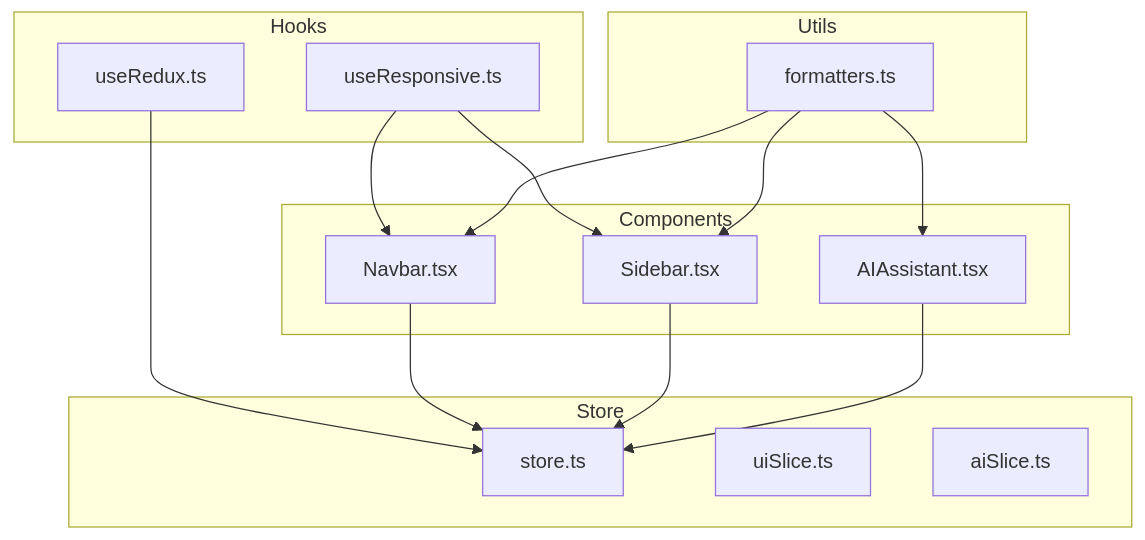
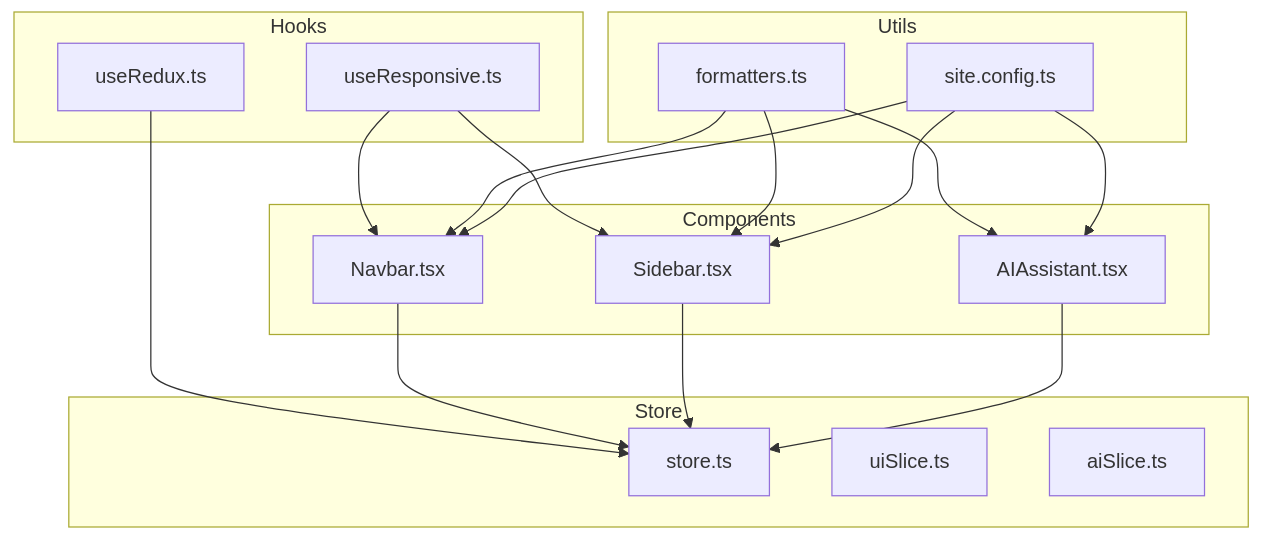
The first of 7 diagrams in .qoder/repowiki/en/content/Utilities and Helpers.md (cacamarica/dashboard-ai), drawn with Mermaid before and after one commit. The commit also changed other lines of this file and 14 other files, not shown here.

````diff
--- a/.qoder/repowiki/en/content/Utilities and Helpers.md
+++ b/.qoder/repowiki/en/content/Utilities and Helpers.md
@@ -42,29 +52,33 @@
 ```mermaid
 graph TB
 subgraph "Hooks"
 UR["useRedux.ts"]
 URP["useResponsive.ts"]
 end
 subgraph "Utils"
 FM["formatters.ts"]
+SC["site.config.ts"]
 end
 subgraph "Store"
 ST["store.ts"]
 UIS["uiSlice.ts"]
 AIS["aiSlice.ts"]
 end
 subgraph "Components"
 NAV["Navbar.tsx"]
 SIDEBAR["Sidebar.tsx"]
 AI["AIAssistant.tsx"]
 end
 UR --> ST
 URP --> NAV
 URP --> SIDEBAR
 FM --> NAV
 FM --> SIDEBAR
 FM --> AI
+SC --> NAV
+SC --> SIDEBAR
+SC --> AI
 NAV --> ST
 SIDEBAR --> ST
 AI --> ST
 ```
````
